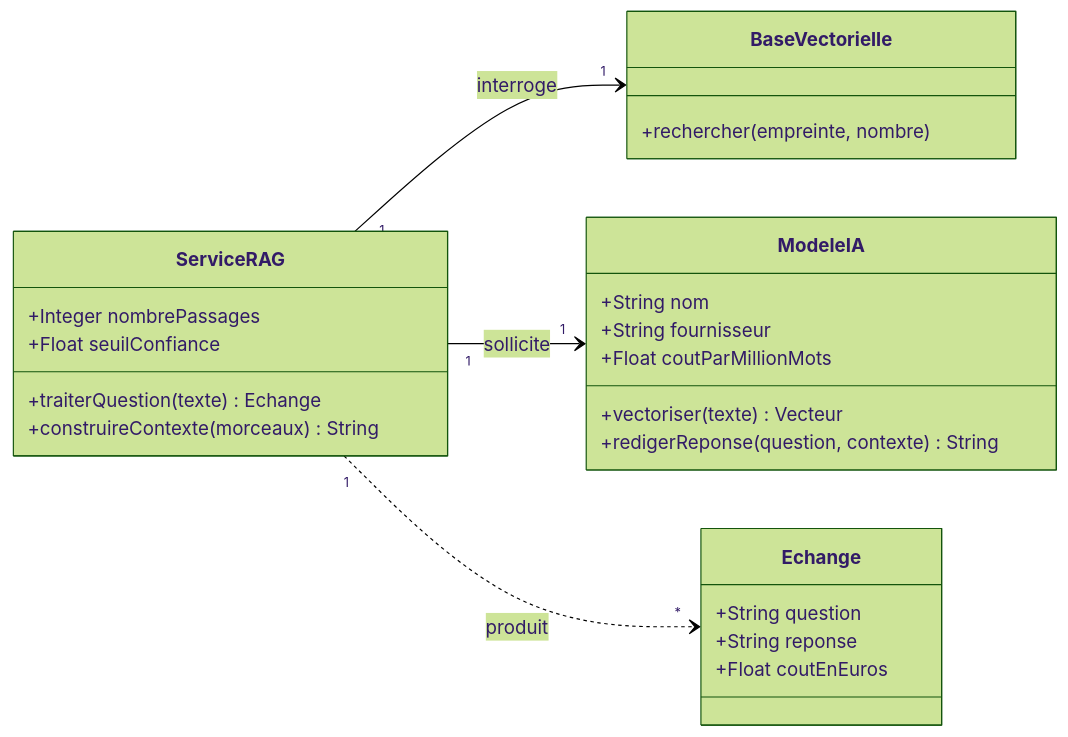
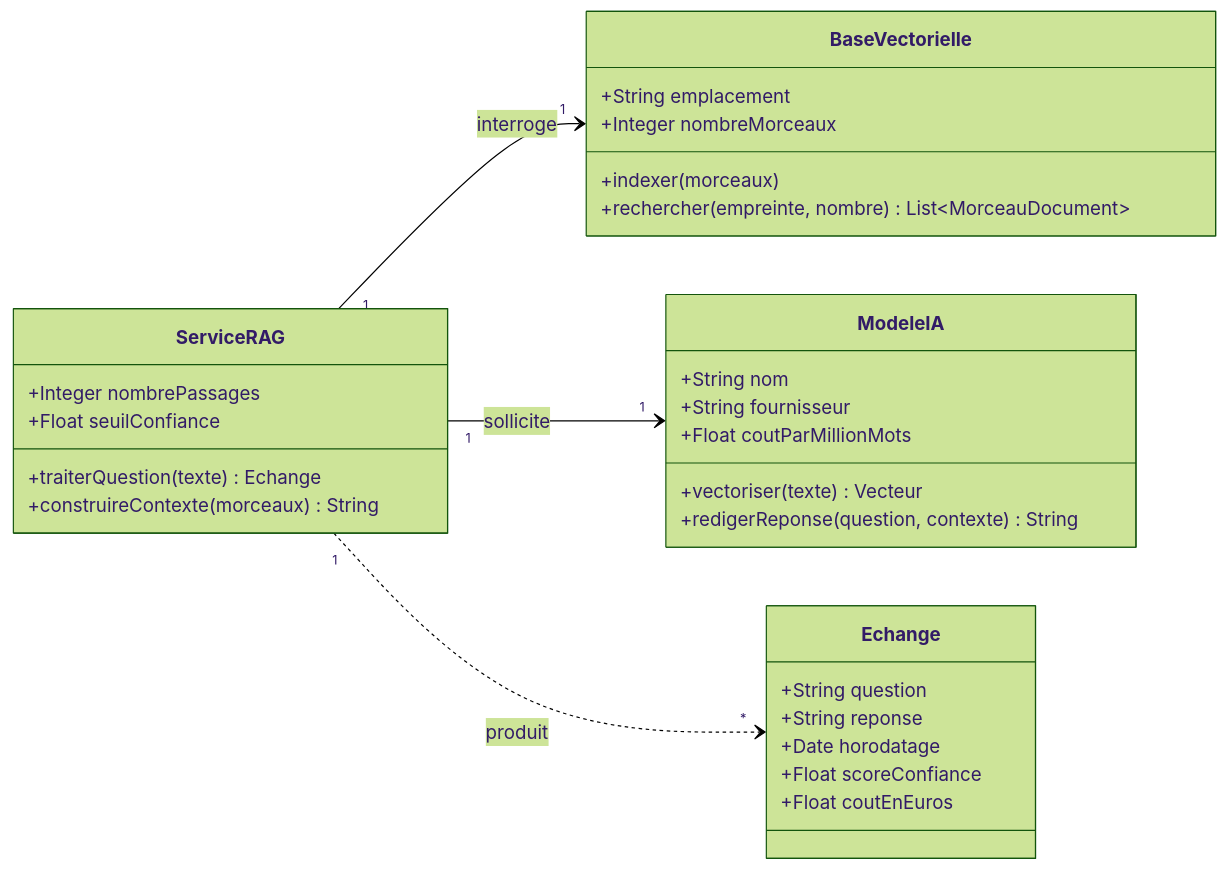
The fourth of 5 diagrams in 10bis-diagramme-classes.md (margotmc-web/Chatbot_PPV_BC07), drawn with Mermaid (forest theme) before and after one commit.

````diff
--- a/10bis-diagramme-classes.md
+++ b/10bis-diagramme-classes.md
@@ -126,33 +126,38 @@
 ```mermaid
 classDiagram
     direction LR
 
     class ServiceRAG {
         +Integer nombrePassages
         +Float seuilConfiance
         +traiterQuestion(texte) Echange
         +construireContexte(morceaux) String
     }
 
     class ModeleIA {
         +String nom
         +String fournisseur
         +Float coutParMillionMots
         +vectoriser(texte) Vecteur
         +redigerReponse(question, contexte) String
     }
 
     class BaseVectorielle {
-        +rechercher(empreinte, nombre)
+        +String emplacement
+        +Integer nombreMorceaux
+        +indexer(morceaux)
+        +rechercher(empreinte, nombre) List~MorceauDocument~
     }
 
     class Echange {
         +String question
         +String reponse
+        +Date horodatage
+        +Float scoreConfiance
         +Float coutEnEuros
     }
 
     ServiceRAG "1" --> "1" BaseVectorielle : interroge
     ServiceRAG "1" --> "1" ModeleIA : sollicite
     ServiceRAG "1" ..> "*" Echange : produit
 ```
````
